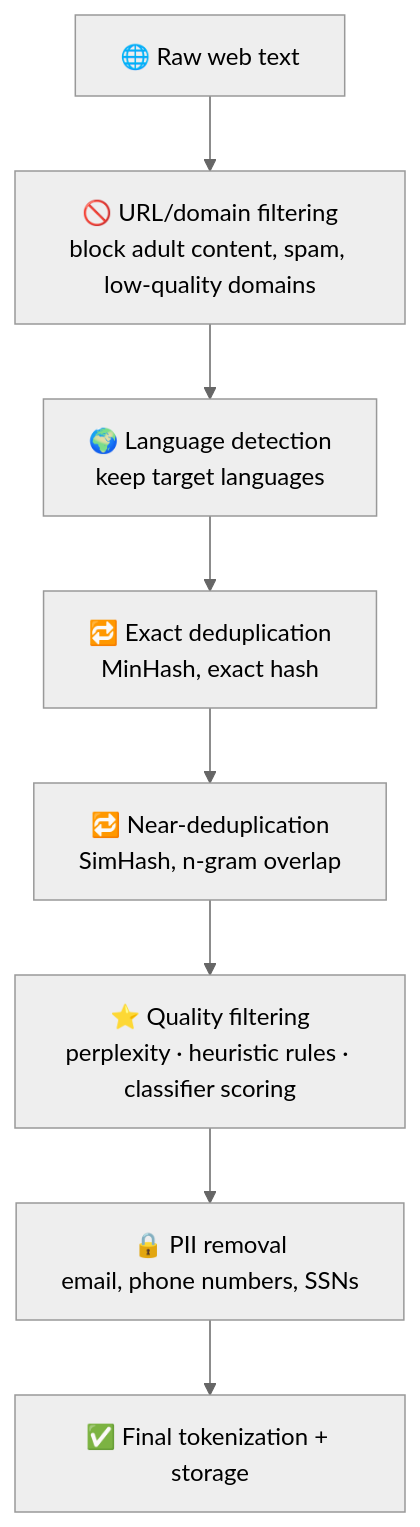
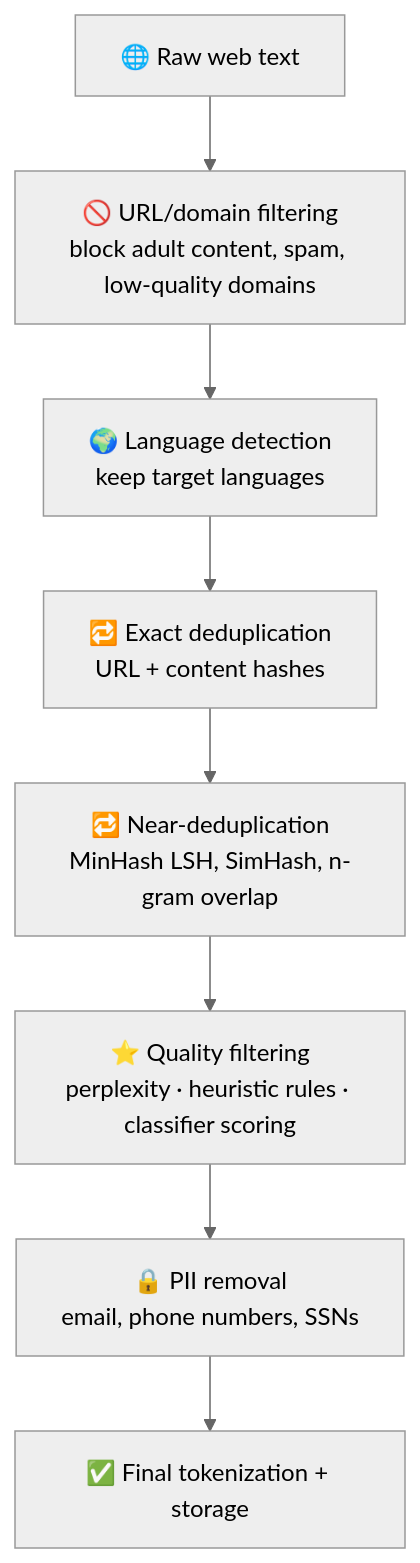
One commit to sundante/sun-course-genai changed the second of 2 diagrams in src/content/01-LLM-Models/Notes/06-Training-and-Pretraining.mdx. Above: the diagram before and after it, drawn with Mermaid (neutral theme). The commit also changed other lines of this file and 76 other files, not shown here.

````diff
--- a/src/content/01-LLM-Models/Notes/06-Training-and-Pretraining.mdx
+++ b/src/content/01-LLM-Models/Notes/06-Training-and-Pretraining.mdx
@@ -39,10 +39,10 @@
 ```mermaid
 flowchart TD
     A["🌐 Raw web text"] --> B["🚫 URL/domain filtering<br/>block adult content, spam, low-quality domains"]
     B --> C["🌍 Language detection<br/>keep target languages"]
-    C --> D["🔁 Exact deduplication<br/>MinHash, exact hash"]
-    D --> E["🔁 Near-deduplication<br/>SimHash, n-gram overlap"]
+    C --> D["🔁 Exact deduplication<br/>URL + content hashes"]
+    D --> E["🔁 Near-deduplication<br/>MinHash LSH, SimHash, n-gram overlap"]
     E --> F["⭐ Quality filtering<br/>perplexity · heuristic rules · classifier scoring"]
     F --> G["🔒 PII removal<br/>email, phone numbers, SSNs"]
     G --> H["✅ Final tokenization + storage"]
 ```
````
